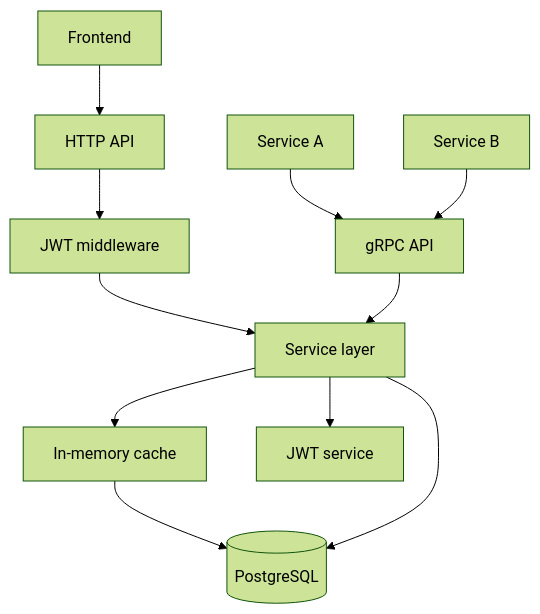
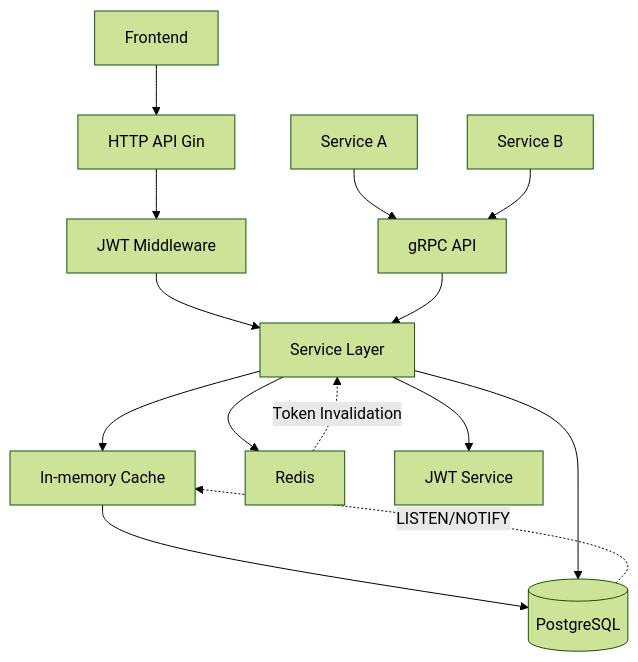
Before and after one commit to bmstu-itstech/sso: the diagram in README.md, drawn with Mermaid (forest theme). The commit also changed other lines of this file and 16 other files, not shown here.

````diff
--- a/README.md
+++ b/README.md
@@ -43,27 +60,32 @@
 ```mermaid
 graph TD
   FE[Frontend]
   A[Service A]
   B[Service B]
 
-  HTTPAPI[HTTP API]
+  HTTPAPI[HTTP API Gin]
   GRPCAPI[gRPC API]
-  MW[JWT middleware]
-  CORE[Service layer]
-  CACHE[In-memory cache]
+  MW[JWT Middleware]
+  CORE[Service Layer]
+  CACHE[In-memory Cache]
+  REDIS[Redis]
   DB[(PostgreSQL)]
-  JWT[JWT service]
+  JWTSVC[JWT Service]
 
   FE --> HTTPAPI
   A --> GRPCAPI
   B --> GRPCAPI
 
   HTTPAPI --> MW
   MW --> CORE
   GRPCAPI --> CORE
 
   CORE --> CACHE
+  CORE --> REDIS
   CACHE --> DB
   CORE --> DB
-  CORE --> JWT
+  CORE --> JWTSVC
+
+  DB -.->|LISTEN/NOTIFY| CACHE
+  REDIS -.->|Token Invalidation| CORE
 ```
````
